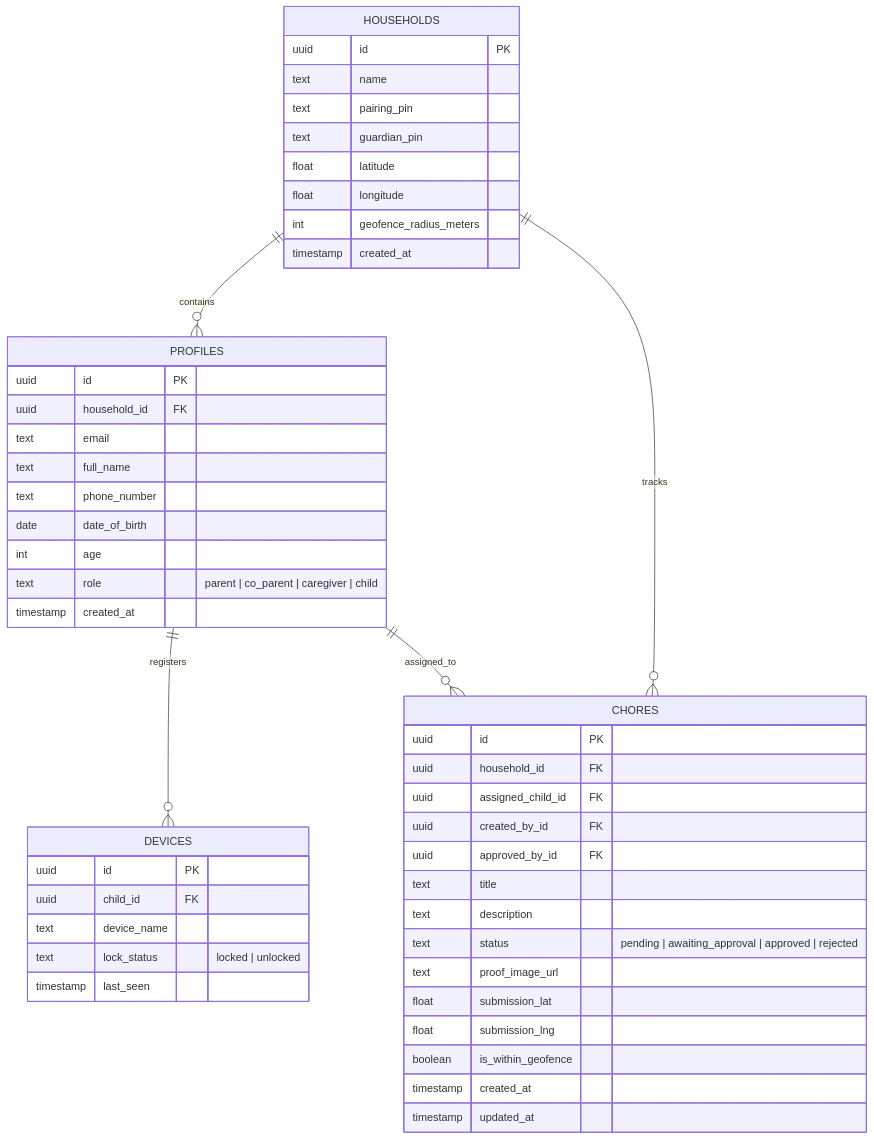
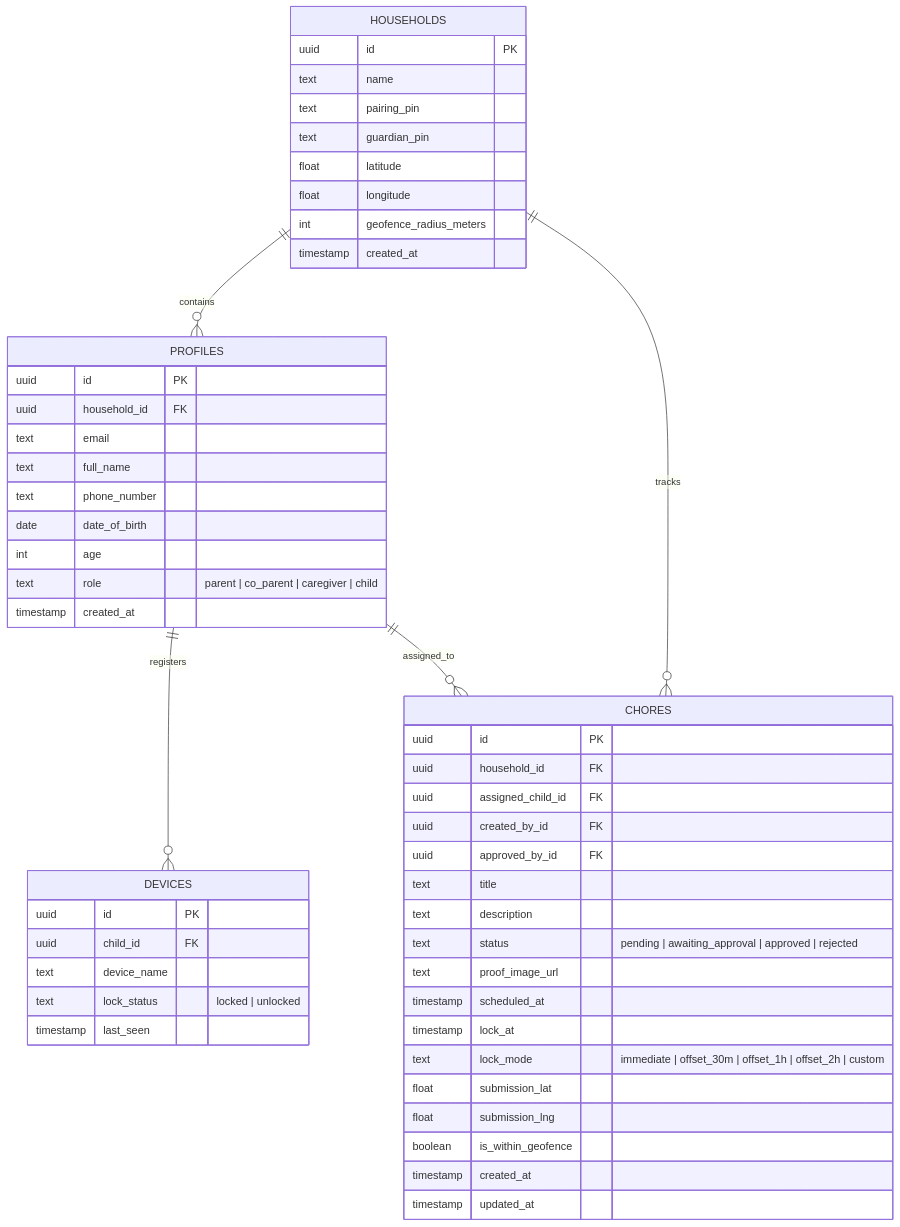
The second of 2 diagrams in OfficialDocumentation.md (JohnLloydCanoy/chorpy), drawn with Mermaid before and after one commit. The commit also changed other lines of this file, not shown here.

````diff
--- a/OfficialDocumentation.md
+++ b/OfficialDocumentation.md
@@ -611,55 +612,58 @@
 ```mermaid
 erDiagram
     HOUSEHOLDS ||--o{ PROFILES : contains
     HOUSEHOLDS ||--o{ CHORES : tracks
     PROFILES ||--o{ DEVICES : registers
     PROFILES ||--o{ CHORES : assigned_to
 
     HOUSEHOLDS {
         uuid id PK
         text name
         text pairing_pin
         text guardian_pin
         float latitude
         float longitude
         int geofence_radius_meters
         timestamp created_at
     }
 
     PROFILES {
         uuid id PK
         uuid household_id FK
         text email
         text full_name
         text phone_number
         date date_of_birth
         int age
         text role "parent | co_parent | caregiver | child"
         timestamp created_at
     }
 
     DEVICES {
         uuid id PK
         uuid child_id FK
         text device_name
         text lock_status "locked | unlocked"
         timestamp last_seen
     }
 
     CHORES {
         uuid id PK
         uuid household_id FK
         uuid assigned_child_id FK
         uuid created_by_id FK
         uuid approved_by_id FK
         text title
         text description
         text status "pending | awaiting_approval | approved | rejected"
         text proof_image_url
+        timestamp scheduled_at
+        timestamp lock_at
+        text lock_mode "immediate | offset_30m | offset_1h | offset_2h | custom"
         float submission_lat
         float submission_lng
         boolean is_within_geofence
         timestamp created_at
         timestamp updated_at
     }
 ```
````
